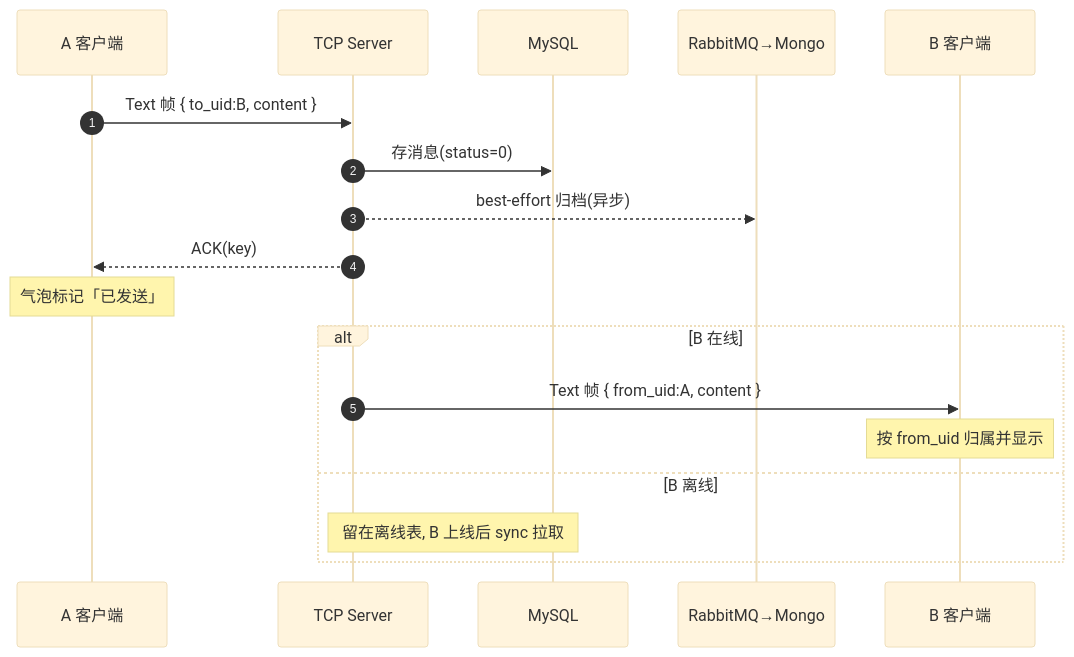
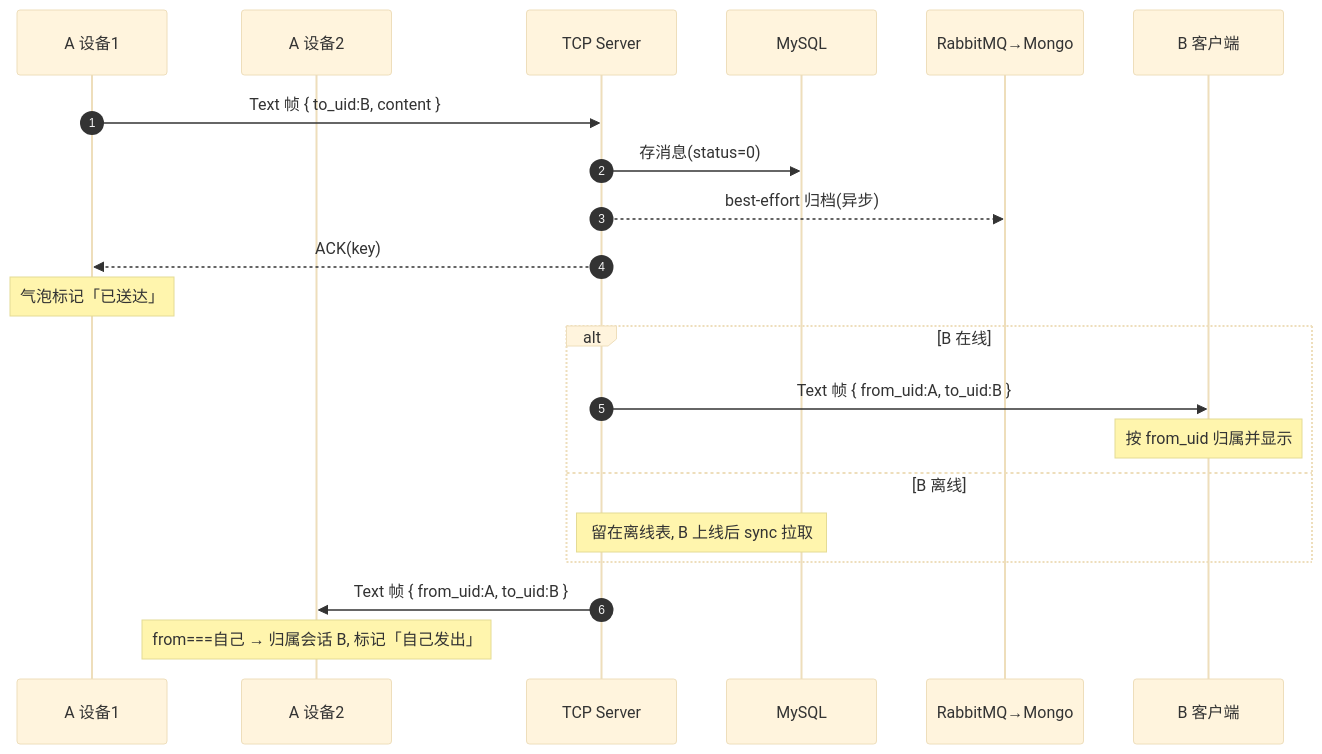
One commit to 23jdd/IM changed the second of 6 diagrams in README.md. Above: the diagram before and after it, drawn with Mermaid (base theme). The commit also changed other lines of this file and 1 other file, not shown here.

````diff
--- a/README.md
+++ b/README.md
@@ -110,21 +127,24 @@
 ```mermaid
 sequenceDiagram
     autonumber
-    participant A as A 客户端
+    participant A1 as A 设备1
+    participant A2 as A 设备2
     participant T as TCP Server
     participant DB as MySQL
     participant MQ as RabbitMQ→Mongo
     participant Bc as B 客户端
 
-    A->>T: Text 帧 { to_uid:B, content }
+    A1->>T: Text 帧 { to_uid:B, content }
     T->>DB: 存消息(status=0)
     T-->>MQ: best-effort 归档(异步)
-    T-->>A: ACK(key)
-    Note over A: 气泡标记「已发送」
+    T-->>A1: ACK(key)
+    Note over A1: 气泡标记「已送达」
     alt B 在线
-        T->>Bc: Text 帧 { from_uid:A, content }
+        T->>Bc: Text 帧 { from_uid:A, to_uid:B }
         Note over Bc: 按 from_uid 归属并显示
     else B 离线
         Note over T,DB: 留在离线表, B 上线后 sync 拉取
     end
+    T->>A2: Text 帧 { from_uid:A, to_uid:B }
+    Note over A2: from===自己 → 归属会话 B, 标记「自己发出」
 ```
````
